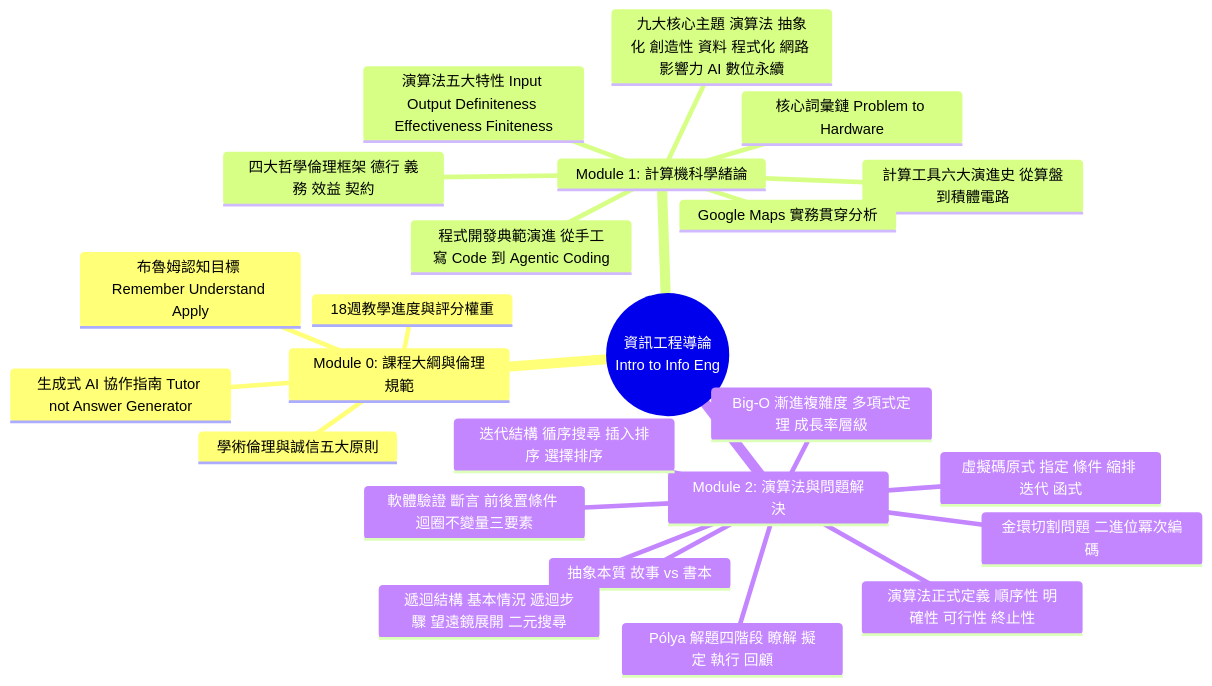
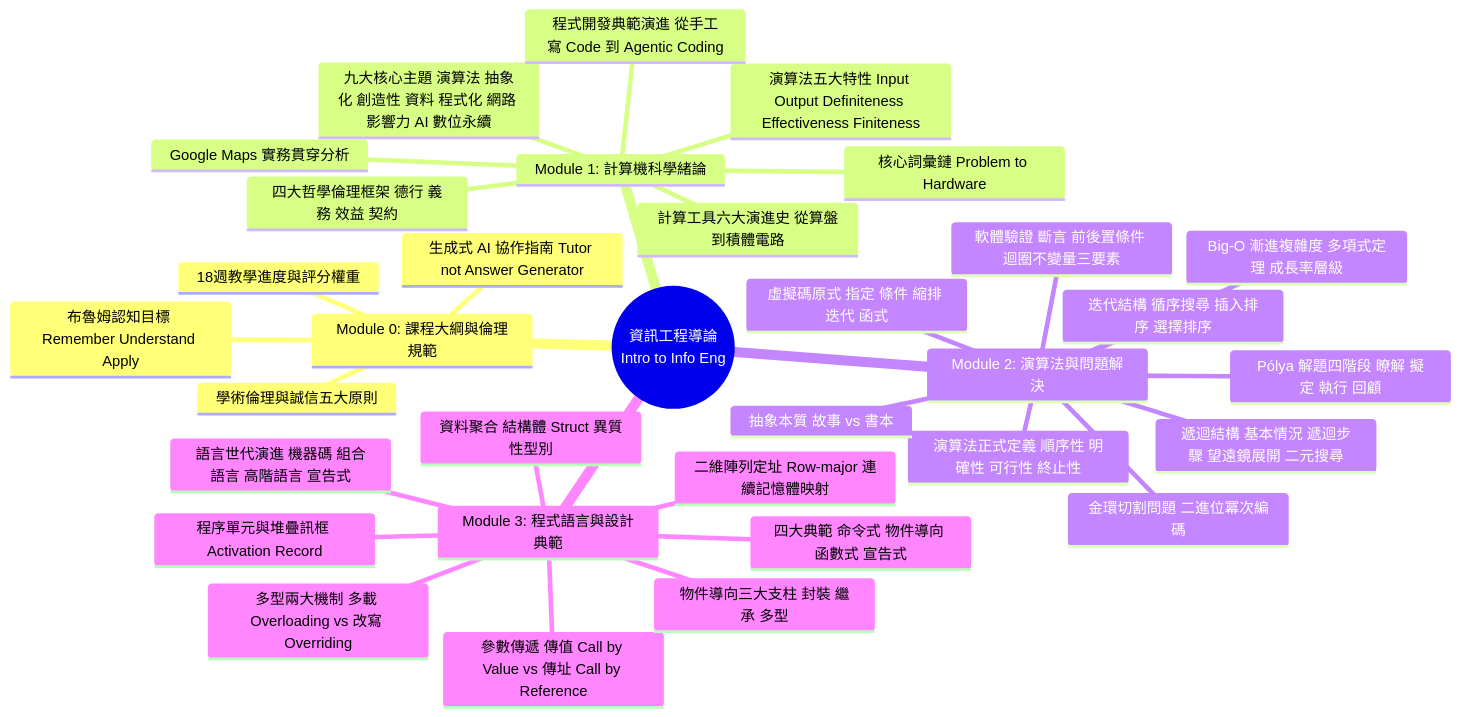
Before and after one commit to Nono0325/Intro.-to-Info.-Eng.: the diagram in README.md, drawn with Mermaid. The commit also changed other lines of this file and 46 other files, not shown here.

Commit message:
docs: add comprehensive notes for Module 3 (Programming Languages) with bilingual vocabulary, slide diagrams, and executable Python code

````diff
--- a/README.md
+++ b/README.md
@@ -15,27 +15,36 @@
 ```mermaid
 mindmap
   root((資訊工程導論<br/>Intro to Info Eng))
     Module 0: 課程大綱與倫理規範
       學術倫理與誠信五大原則
       生成式 AI 協作指南 Tutor not Answer Generator
       布魯姆認知目標 Remember Understand Apply
       18週教學進度與評分權重
     Module 1: 計算機科學緒論
       核心詞彙鏈 Problem to Hardware
       演算法五大特性 Input Output Definiteness Effectiveness Finiteness
       計算工具六大演進史 從算盤到積體電路
       九大核心主題 演算法 抽象化 創造性 資料 程式化 網路 影響力 AI 數位永續
       Google Maps 實務貫穿分析
       程式開發典範演進 從手工寫 Code 到 Agentic Coding
       四大哲學倫理框架 德行 義務 效益 契約
     Module 2: 演算法與問題解決
       演算法正式定義 順序性 明確性 可行性 終止性
       抽象本質 故事 vs 書本
       Pólya 解題四階段 瞭解 擬定 執行 回顧
       虛擬碼原式 指定 條件 縮排 迭代 函式
       迭代結構 循序搜尋 插入排序 選擇排序
       遞迴結構 基本情況 遞迴步驟 望遠鏡展開 二元搜尋
       Big-O 漸進複雜度 多項式定理 成長率層級
       金環切割問題 二進位冪次編碼
       軟體驗證 斷言 前後置條件 迴圈不變量三要素
+    Module 3: 程式語言與設計典範
+      語言世代演進 機器碼 組合語言 高階語言 宣告式
+      四大典範 命令式 物件導向 函數式 宣告式
+      二維陣列定址 Row-major 連續記憶體映射
+      資料聚合 結構體 Struct 異質性型別
+      程序單元與堆疊訊框 Activation Record
+      參數傳遞 傳值 Call by Value vs 傳址 Call by Reference
+      物件導向三大支柱 封裝 繼承 多型
+      多型兩大機制 多載 Overloading vs 改寫 Overriding
 ```
````
